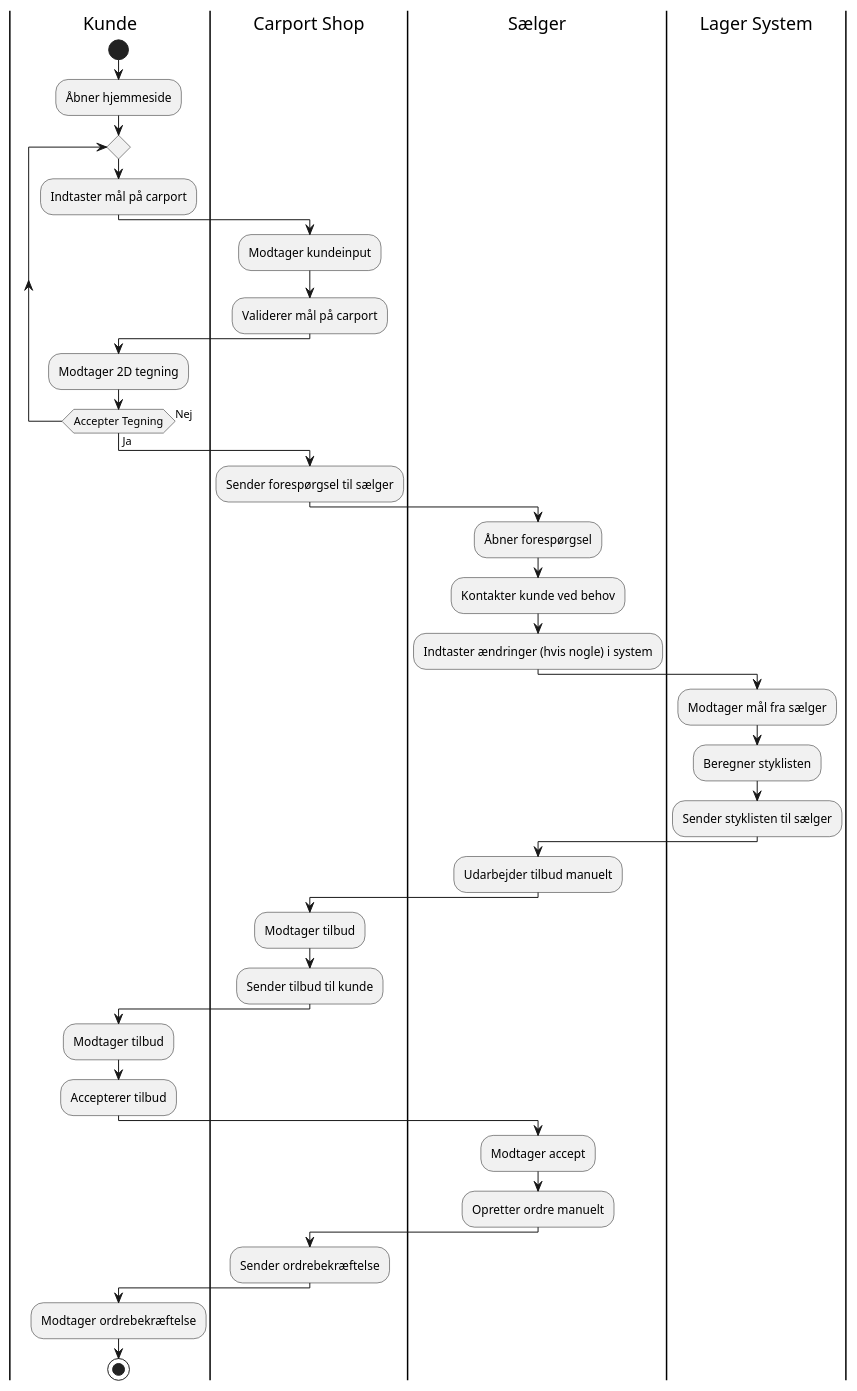
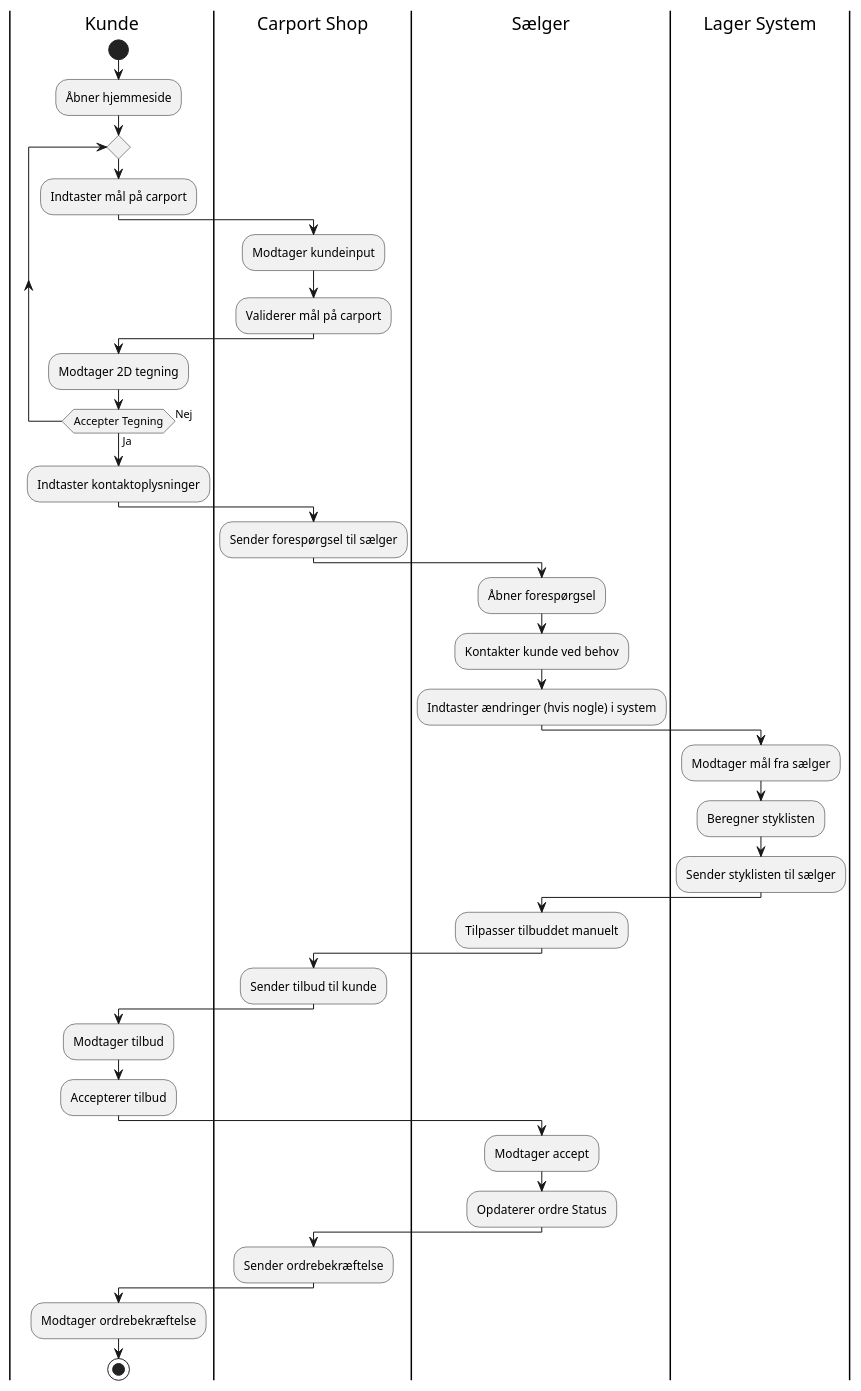
One commit to Obliwobbi/FogCarport changed the diagram in docs/TO-BE.puml. Above: the diagram before and after it, drawn with PlantUML.

Commit message:
updated TOBE

```diff
--- a/docs/TO-BE.puml
+++ b/docs/TO-BE.puml
@@ -1,52 +1,53 @@
 @startuml
 |Kunde|
 start
 :Åbner hjemmeside;
 
 repeat
 :Indtaster mål på carport;
 
     |Carport Shop|
     :Modtager kundeinput;
     :Validerer mål på carport;
 
     |Kunde|
     :Modtager 2D tegning;
 
 repeat while (Accepter Tegning) is (Nej) not  (Ja)
 
+:Indtaster kontaktoplysninger;
+
 |Carport Shop|
 :Sender forespørgsel til sælger;
 
 |Sælger|
 :Åbner forespørgsel;
 :Kontakter kunde ved behov;
 :Indtaster ændringer (hvis nogle) i system;
 
 |Lager System|
 :Modtager mål fra sælger;
 :Beregner styklisten;
 :Sender styklisten til sælger;
 
 |Sælger|
-:Udarbejder tilbud manuelt;
+:Tilpasser tilbuddet manuelt;
 
 |Carport Shop|
-:Modtager tilbud;
 :Sender tilbud til kunde;
 
 |Kunde|
 :Modtager tilbud;
 :Accepterer tilbud;
 
 |Sælger|
 :Modtager accept;
-:Opretter ordre manuelt;
+:Opdaterer ordre Status;
 
 |Carport Shop|
 :Sender ordrebekræftelse;
 
 |Kunde|
 :Modtager ordrebekræftelse;
 stop
 @enduml
```
